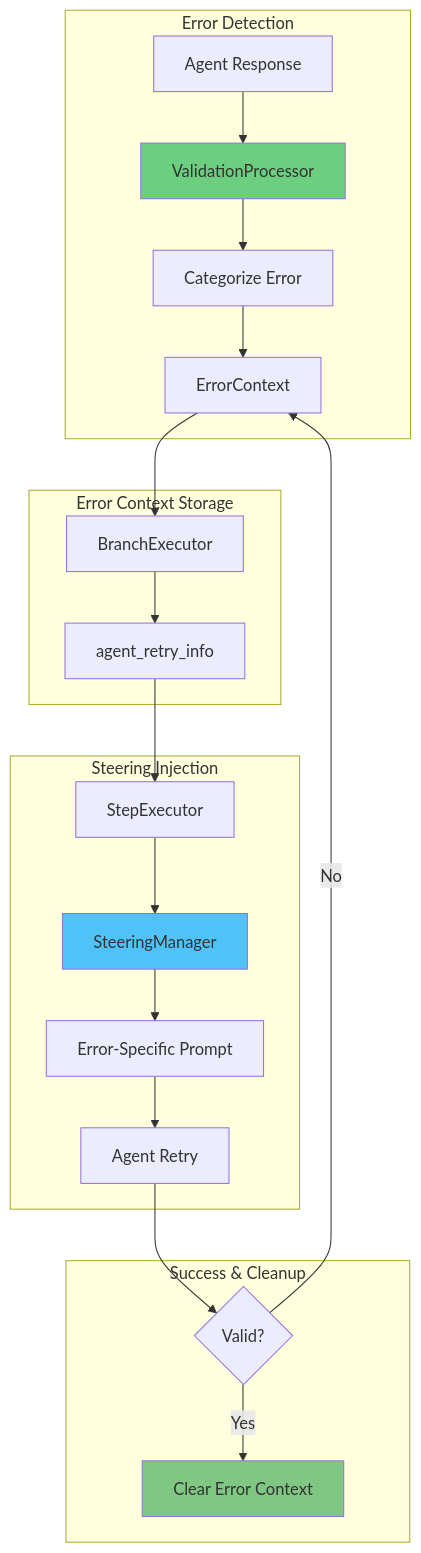
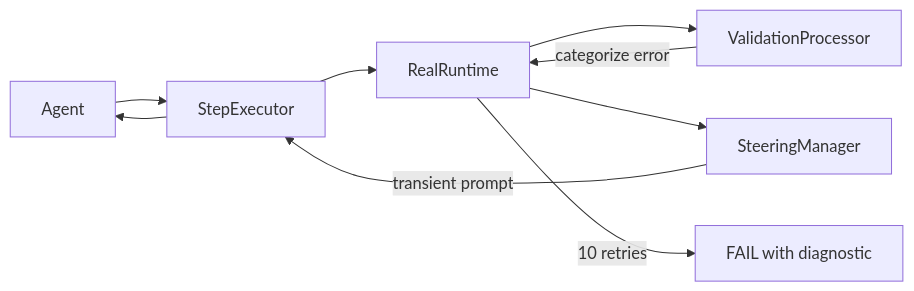
One commit to rezaho/MARSYS changed the diagram in docs/guides/steering-and-error-recovery.md. Above: the diagram before and after it, drawn with Mermaid. The commit also changed other lines of this file and 3 other files, not shown here.

First line of the commit message:
phase3.5: docs Phase-1 — rewrite stale execution / validation / steering / first-agent docs for v0.3.0

````diff
--- a/docs/guides/steering-and-error-recovery.md
+++ b/docs/guides/steering-and-error-recovery.md
@@ -22,30 +18,11 @@
 ```mermaid
-graph TB
-    subgraph "Error Detection"
-        Agent[Agent Response] --> VP[ValidationProcessor]
-        VP --> Cat[Categorize Error]
-        Cat --> EC[ErrorContext]
-    end
-
-    subgraph "Error Context Storage"
-        EC --> BE[BranchExecutor]
-        BE --> Store[agent_retry_info]
-    end
-
-    subgraph "Steering Injection"
-        Store --> SE[StepExecutor]
-        SE --> SM[SteeringManager]
-        SM --> Prompt[Error-Specific Prompt]
-        Prompt --> Agent2[Agent Retry]
-    end
-
-    subgraph "Success & Cleanup"
-        Agent2 --> Valid{Valid?}
-        Valid -->|Yes| Clear[Clear Error Context]
-        Valid -->|No| EC
-    end
-
-    style VP fill:#6bcf7f
-    style SM fill:#4fc3f7
-    style Clear fill:#81c784
+flowchart LR
+    Agent --> Step[StepExecutor]
+    Step --> RT[RealRuntime]
+    RT --> VP[ValidationProcessor]
+    VP -->|categorize error| RT
+    RT --> SM[SteeringManager]
+    SM -->|transient prompt| Step
+    Step --> Agent
+    RT -->|10 retries| Fail[FAIL with diagnostic]
 ```
````
